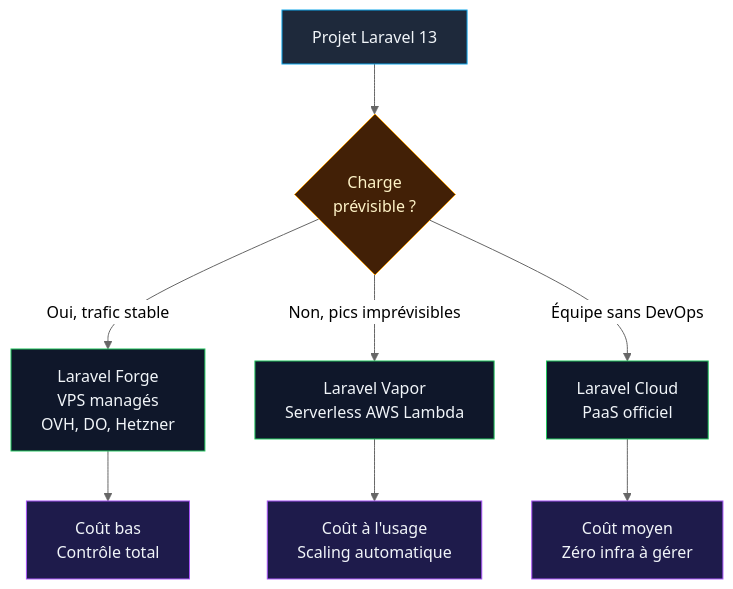
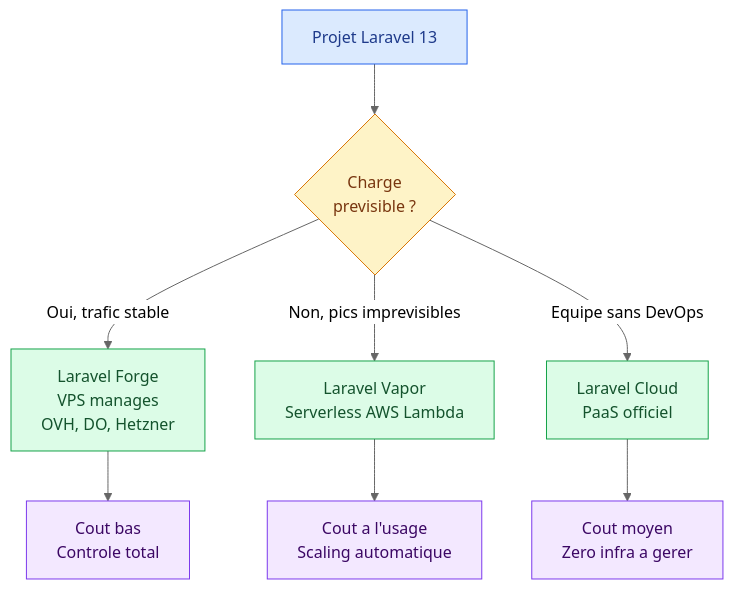
One commit to zyrass/omnydocs changed the third of 3 diagrams in docs/dev-cloud/frameworks/laravel/chapitre-00/03-pourquoi-laravel-professionnel.md. Above: the diagram before and after it, drawn with Mermaid. The commit also changed other lines of this file and 14 other files, not shown here.

````diff
--- a/docs/dev-cloud/frameworks/laravel/chapitre-00/03-pourquoi-laravel-professionnel.md
+++ b/docs/dev-cloud/frameworks/laravel/chapitre-00/03-pourquoi-laravel-professionnel.md
@@ -241,28 +240,25 @@
 ```mermaid
---- 
-config:
-  theme: neutral
----
+%%{init: {'theme':'neutral'}}%%
 flowchart TB
     PROJET["Projet Laravel 13"]
 
-    PROJET --> Q1{"Charge<br/>prévisible ?"}
+    PROJET --> Q1{"Charge<br/>previsible ?"}
 
-    Q1 -->|Oui, trafic stable| FORGE["Laravel Forge<br/>VPS managés<br/>OVH, DO, Hetzner"]
-    Q1 -->|Non, pics imprévisibles| VAPOR["Laravel Vapor<br/>Serverless AWS Lambda"]
-    Q1 -->|Équipe sans DevOps| CLOUD["Laravel Cloud<br/>PaaS officiel"]
+    Q1 -->|Oui, trafic stable| FORGE["Laravel Forge<br/>VPS manages<br/>OVH, DO, Hetzner"]
+    Q1 -->|Non, pics imprevisibles| VAPOR["Laravel Vapor<br/>Serverless AWS Lambda"]
+    Q1 -->|Equipe sans DevOps| CLOUD["Laravel Cloud<br/>PaaS officiel"]
 
-    FORGE --> COUT1["Coût bas<br/>Contrôle total"]
-    VAPOR --> COUT2["Coût à l'usage<br/>Scaling automatique"]
-    CLOUD --> COUT3["Coût moyen<br/>Zéro infra à gérer"]
+    FORGE --> COUT1["Cout bas<br/>Controle total"]
+    VAPOR --> COUT2["Cout a l'usage<br/>Scaling automatique"]
+    CLOUD --> COUT3["Cout moyen<br/>Zero infra a gerer"]
 
-    classDef startNode fill:#1e293b,stroke:#0ea5e9,color:#f1f5f9
-    classDef decisionNode fill:#422006,stroke:#f59e0b,color:#fef3c7
-    classDef solutionNode fill:#0f172a,stroke:#22c55e,color:#f1f5f9
-    classDef outcomeNode fill:#1e1b4b,stroke:#a855f7,color:#f1f5f9
+    classDef startNode fill:#dbeafe,stroke:#2563eb,color:#1e3a8a
+    classDef decisionNode fill:#fef3c7,stroke:#d97706,color:#78350f
+    classDef solutionNode fill:#dcfce7,stroke:#16a34a,color:#14532d
+    classDef outcomeNode fill:#f3e8ff,stroke:#7c3aed,color:#3b0764
 
     class PROJET startNode
     class Q1 decisionNode
     class FORGE,VAPOR,CLOUD solutionNode
     class COUT1,COUT2,COUT3 outcomeNode
 ```
````
